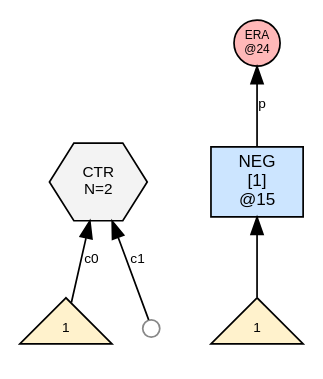
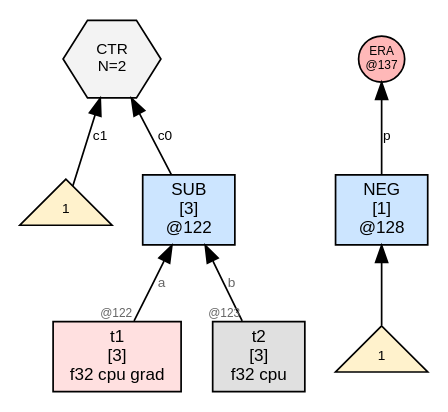
Before and after one commit to sw1sh/TinyHVM: the diagram in wl/examples/thvm_graphs/grad_rules/sub/thvm_1_post_reduce.dot, drawn with Graphviz. The commit also changed 193 other files, not shown here.

```diff
--- a/wl/examples/thvm_graphs/grad_rules/sub/thvm_1_post_reduce.dot
+++ b/wl/examples/thvm_graphs/grad_rules/sub/thvm_1_post_reduce.dot
@@ -1,16 +1,20 @@
 digraph G {
   rankdir=BT;
   node [fontname="Helvetica", fontsize=10, style=filled, shape=box, margin="0.1,0.05"];
   edge [fontsize=8, fontname="Helvetica"];
 
-  ctr7 [label="CTR\nN=2", shape=hexagon, fillcolor="#f3f3f3", fontsize=9];
-  num_ctr7_7 [label="1",shape=triangle,fillcolor="#fff2cc",fontsize=8];
-  num_ctr7_7 -> ctr7 [label="c0"];
-  free7_1 [label="",shape=circle,width=0.14,height=0.14,fixedsize=true,fillcolor="#ffffff",color="#888888",fontsize=1];
-  free7_1 -> ctr7 [label="c1"];
-  n15 [label="NEG\n[1]\n@15", shape=box, fillcolor="#cce5ff"];
-  num15_0 [label="1",shape=triangle,fillcolor="#fff2cc",fontsize=8];
-  num15_0 -> n15 [label=""];
-  era24 [label="ERA\n@24",shape=circle,width=0.38,height=0.38,fixedsize=true,fillcolor="#ffb8b8",fontsize=7];
-  n15 -> era24 [label="p"];
+  n122 [label="SUB\n[3]\n@122", shape=box, fillcolor="#cce5ff"];
+  t1 [label="t1\n[3]\nf32 cpu grad",shape=box,fillcolor="#ffe0e0"];
+  t1 -> n122 [label="a",taillabel="@122",labelfontsize=7,fontcolor="#666666"];
+  t2 [label="t2\n[3]\nf32 cpu",shape=box,fillcolor="#e0e0e0"];
+  t2 -> n122 [label="b",taillabel="@123",labelfontsize=7,fontcolor="#666666"];
+  ctr119 [label="CTR\nN=2", shape=hexagon, fillcolor="#f3f3f3", fontsize=9];
+  n122 -> ctr119 [label="c0"];
+  num_ctr119_120 [label="1",shape=triangle,fillcolor="#fff2cc",fontsize=8];
+  num_ctr119_120 -> ctr119 [label="c1"];
+  n128 [label="NEG\n[1]\n@128", shape=box, fillcolor="#cce5ff"];
+  num128_0 [label="1",shape=triangle,fillcolor="#fff2cc",fontsize=8];
+  num128_0 -> n128 [label=""];
+  era137 [label="ERA\n@137",shape=circle,width=0.38,height=0.38,fixedsize=true,fillcolor="#ffb8b8",fontsize=7];
+  n128 -> era137 [label="p"];
 }
```
